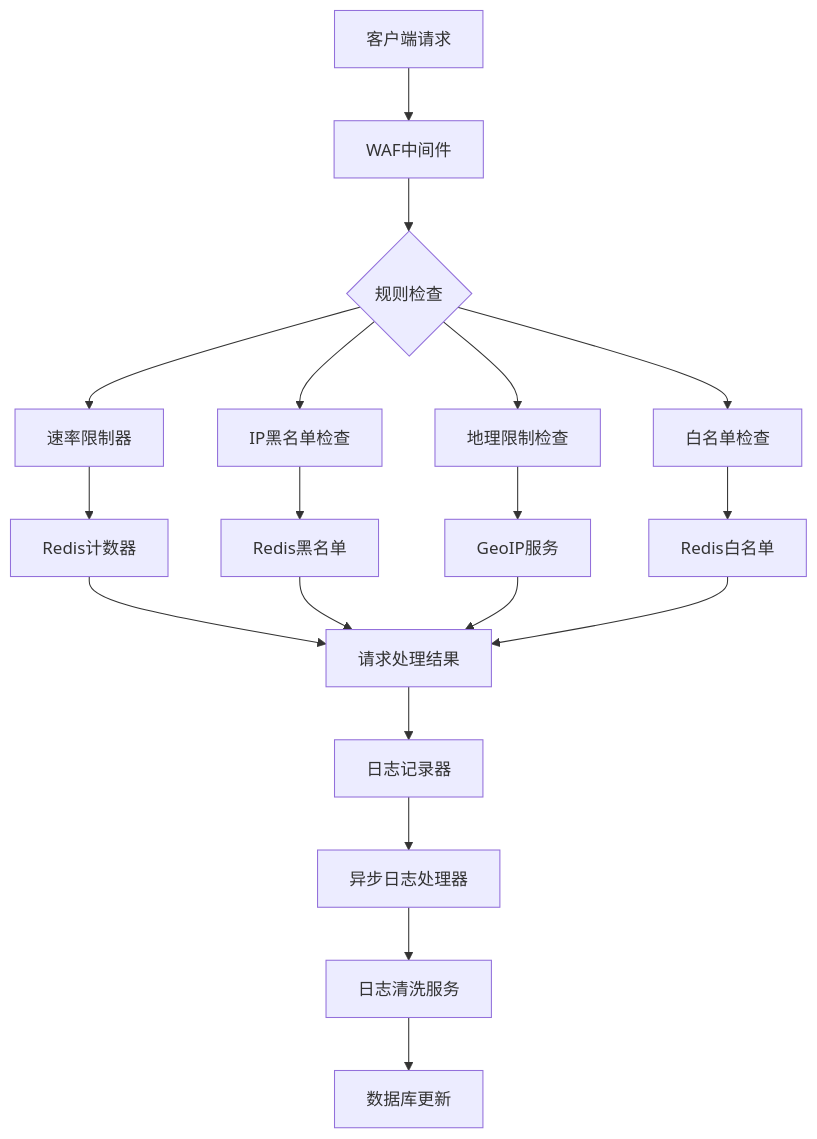
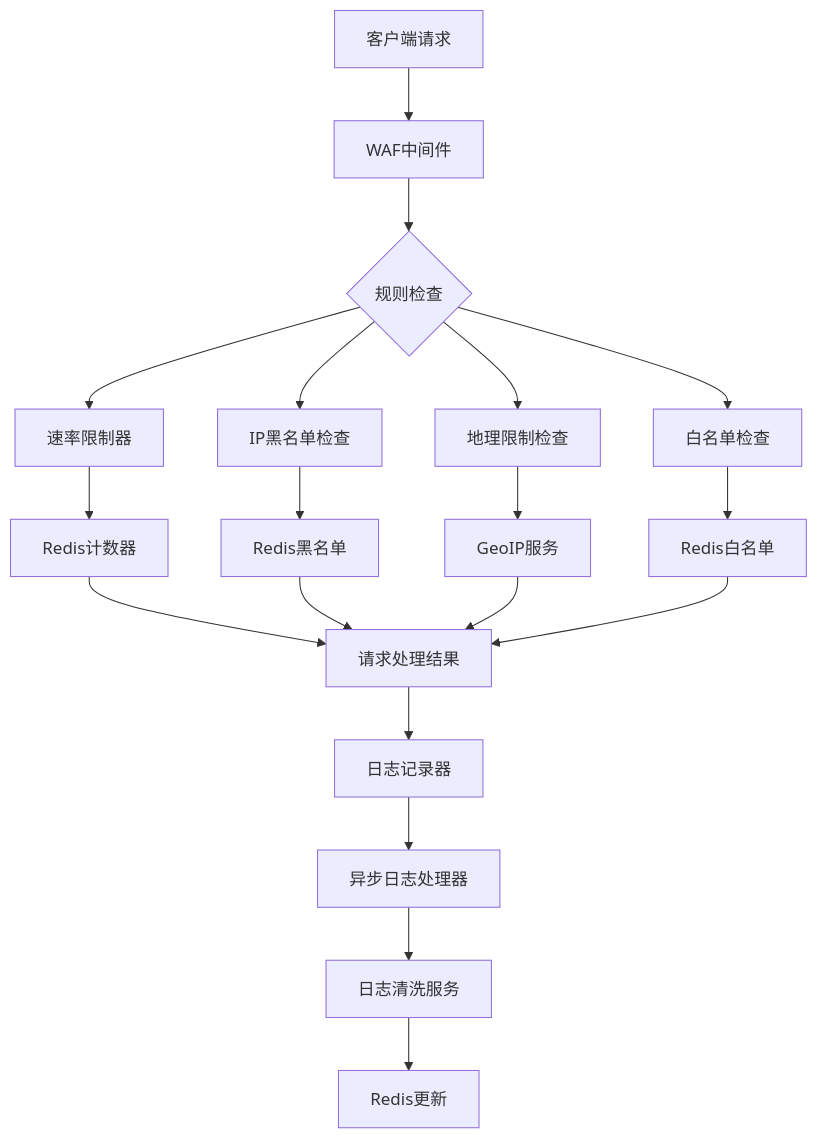
Before and after one commit to xiaofang142/PrerenderShield: the second of 2 diagrams in .trae/documents/waf_technical_architecture.md, drawn with Mermaid. The commit also changed other lines of this file and 11 other files, not shown here.

````diff
--- a/.trae/documents/waf_technical_architecture.md
+++ b/.trae/documents/waf_technical_architecture.md
@@ -119,24 +116,24 @@
 ```mermaid
 graph TD
     A[客户端请求] --> B[WAF中间件]
     B --> C{规则检查}
     C --> D[速率限制器]
     C --> E[IP黑名单检查]
     C --> F[地理限制检查]
     C --> G[白名单检查]
     
     D --> H[Redis计数器]
     E --> I[Redis黑名单]
     F --> J[GeoIP服务]
     G --> K[Redis白名单]
     
     H --> L[请求处理结果]
     I --> L
     J --> L
     K --> L
     
     L --> M[日志记录器]
     M --> N[异步日志处理器]
     N --> O[日志清洗服务]
-    O --> P[数据库更新]
+    O --> P[Redis更新]
 ```
````
